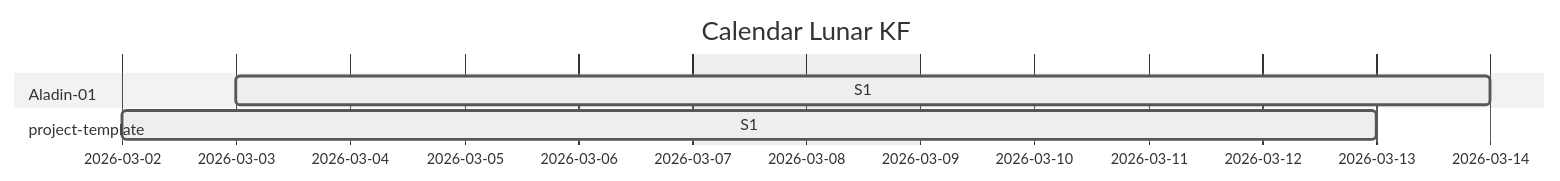
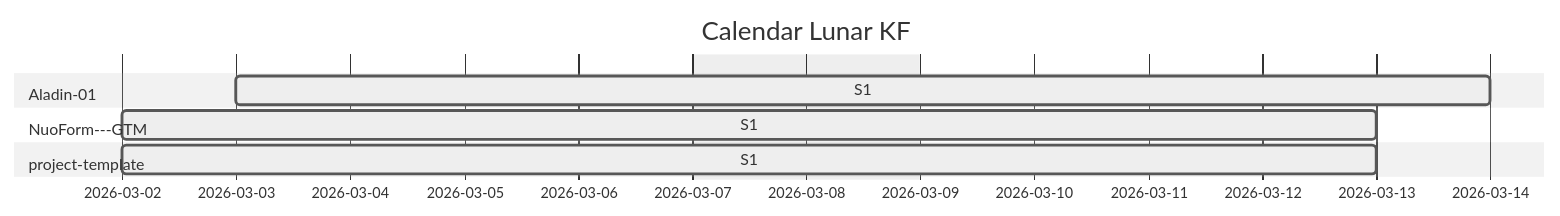
The second of 2 diagrams in docs/unified-calendar.md (Katty-Fashion/kf-cpto), drawn with Mermaid (neutral theme) before and after one commit. The commit also changed other lines of this file and 5 other files, not shown here.

````diff
--- a/docs/unified-calendar.md
+++ b/docs/unified-calendar.md
@@ -22,11 +22,13 @@
 ```mermaid
 gantt
     title Calendar Lunar KF
     dateFormat YYYY-MM-DD
     excludes weekends
 
     section Aladin-01
     S1 :active, 2026-03-03, 2026-03-14
+    section NuoForm---GTM
+    S1 :active, 2026-03-02, 2026-03-13
     section project-template
     S1 :active, 2026-03-02, 2026-03-13
 ```
````
